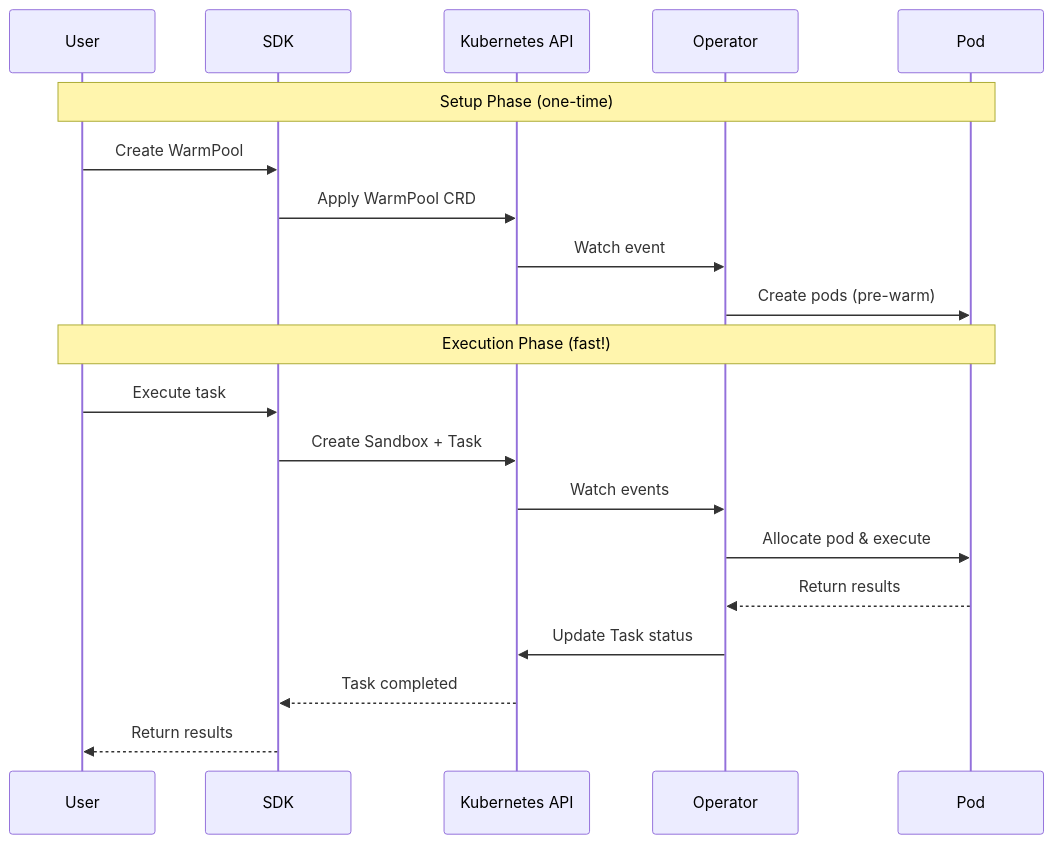
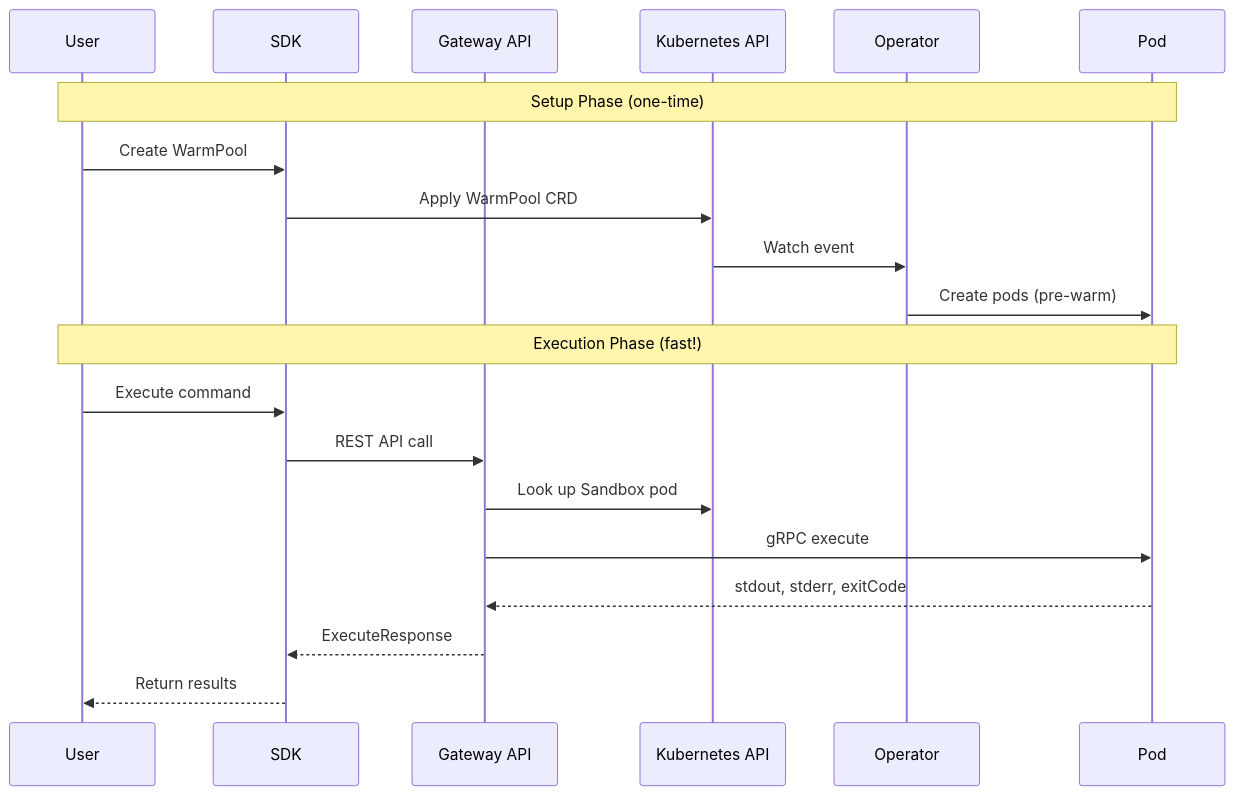
One commit to Lincyaw/agent-env changed the third of 3 diagrams in docs/getting-started/overview.md. Above: the diagram before and after it, drawn with Mermaid. The commit also changed other lines of this file and 258 other files, not shown here.

````diff
--- a/docs/getting-started/overview.md
+++ b/docs/getting-started/overview.md
@@ -86,24 +69,24 @@
 ```mermaid
 sequenceDiagram
     participant User
     participant SDK
+    participant Gateway as Gateway API
     participant K8s as Kubernetes API
     participant Operator
     participant Pod
 
     Note over User,Pod: Setup Phase (one-time)
     User->>SDK: Create WarmPool
     SDK->>K8s: Apply WarmPool CRD
     K8s->>Operator: Watch event
     Operator->>Pod: Create pods (pre-warm)
 
     Note over User,Pod: Execution Phase (fast!)
-    User->>SDK: Execute task
-    SDK->>K8s: Create Sandbox + Task
-    K8s->>Operator: Watch events
-    Operator->>Pod: Allocate pod & execute
-    Pod-->>Operator: Return results
-    Operator->>K8s: Update Task status
-    K8s-->>SDK: Task completed
+    User->>SDK: Execute command
+    SDK->>Gateway: REST API call
+    Gateway->>K8s: Look up Sandbox pod
+    Gateway->>Pod: gRPC execute
+    Pod-->>Gateway: stdout, stderr, exitCode
+    Gateway-->>SDK: ExecuteResponse
     SDK-->>User: Return results
 ```
````
